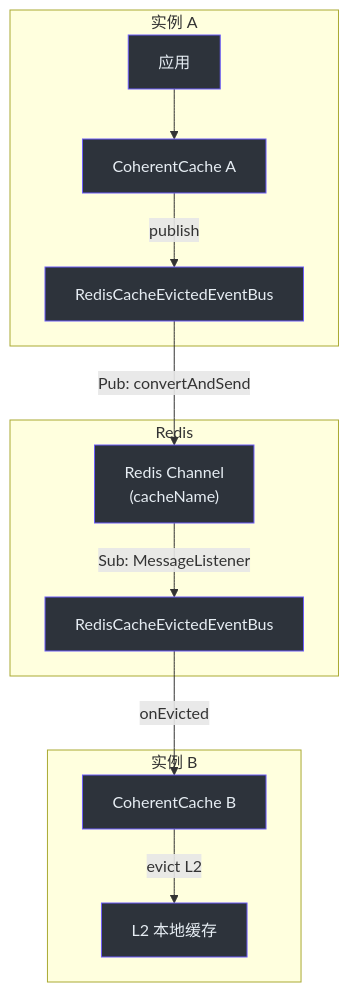
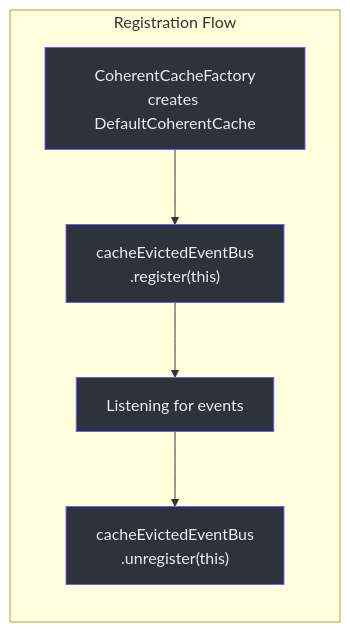
Before and after one commit to Ahoo-Wang/CoCache: the fourth of 4 diagrams in wiki/zh/architecture/coherence.md, drawn with Mermaid. The commit also changed other lines of this file and 25 other files, not shown here.

````diff
--- a/wiki/zh/architecture/coherence.md
+++ b/wiki/zh/architecture/coherence.md
@@ -127,25 +221,18 @@
 ```mermaid
-graph TB
-    subgraph sg_116 ["实例 A"]
-        AppA["应用"] --> CCA["CoherentCache A"]
-        CCA -->|publish| REBA["RedisCacheEvictedEventBus"]
+flowchart LR
+    subgraph sg_9 ["Registration Flow"]
+
+        Create["CoherentCacheFactory<br>creates DefaultCoherentCache"]
+        Register["cacheEvictedEventBus<br>.register(this)"]
+        Listen["Listening for events"]
+        Unregister["cacheEvictedEventBus<br>.unregister(this)"]
     end
 
-    subgraph sg_117 ["Redis"]
-        REBA -->|Pub: convertAndSend| Redis["Redis Channel<br>(cacheName)"]
-        Redis -->|Sub: MessageListener| REBB["RedisCacheEvictedEventBus"]
-    end
+    Create --> Register --> Listen --> Unregister
 
-    subgraph sg_118 ["实例 B"]
-        REBB -->|onEvicted| CCB["CoherentCache B"]
-        CCB -->|evict L2| L2B["L2 本地缓存"]
-    end
+    style Create fill:#2d333b,stroke:#6d5dfc,color:#e6edf3
+    style Register fill:#2d333b,stroke:#6d5dfc,color:#e6edf3
+    style Listen fill:#2d333b,stroke:#6d5dfc,color:#e6edf3
+    style Unregister fill:#2d333b,stroke:#6d5dfc,color:#e6edf3
 
-    style AppA fill:#2d333b,stroke:#6d5dfc,color:#e6edf3
-    style CCA fill:#2d333b,stroke:#6d5dfc,color:#e6edf3
-    style REBA fill:#2d333b,stroke:#6d5dfc,color:#e6edf3
-    style Redis fill:#2d333b,stroke:#6d5dfc,color:#e6edf3
-    style REBB fill:#2d333b,stroke:#6d5dfc,color:#e6edf3
-    style CCB fill:#2d333b,stroke:#6d5dfc,color:#e6edf3
-    style L2B fill:#2d333b,stroke:#6d5dfc,color:#e6edf3
 ```
````
